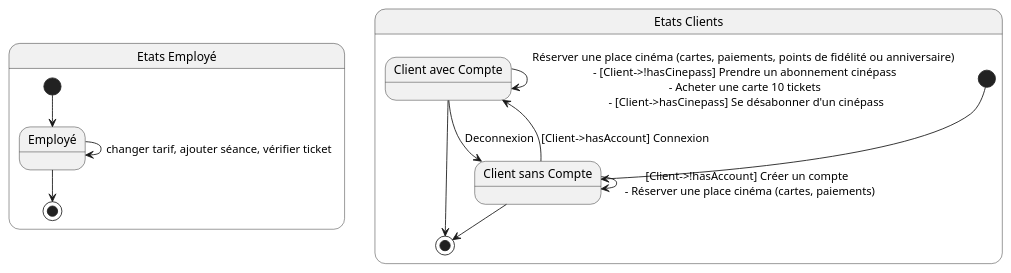
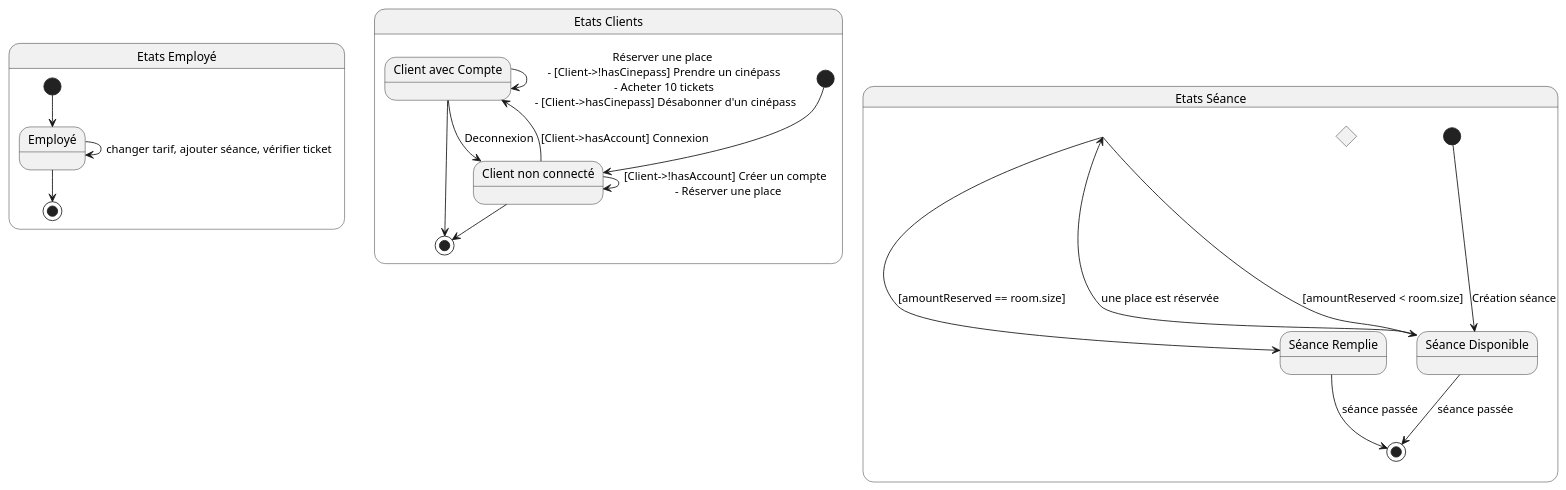
One commit to pixselve-school/OMD-TP1 changed the third of 23 diagrams in TP1-OMD.md. Above: the diagram before and after it, drawn with PlantUML.

Commit message:
Diagramme Etats v3

````diff
--- a/TP1-OMD.md
+++ b/TP1-OMD.md
@@ -214,26 +214,36 @@
 ```plantuml
 @startuml
 
 state "Etats Employé" as s{
     state "Employé" as E
     [*] --> E
     E --> E : changer tarif, ajouter séance, vérifier ticket
     E --> [*]
 }
 
 state "Etats Clients" as t{
     [*] --> C2
     state "Client avec Compte" as C1
-    state "Client sans Compte" as C2
+    state "Client non connecté" as C2
     
     C1 --> C2 : Deconnexion
     C2 --> C1 : [Client->hasAccount] Connexion
-    C2 --> C2 : [Client->!hasAccount] Créer un compte \n - Réserver une place cinéma (cartes, paiements)
-    C1 --> C1 : Réserver une place cinéma (cartes, paiements, points de fidélité ou anniversaire) \n - [Client->!hasCinepass] Prendre un abonnement cinépass \n - Acheter une carte 10 tickets \n - [Client->hasCinepass] Se désabonner d'un cinépass
+    C2 --> C2 : [Client->!hasAccount] Créer un compte \n - Réserver une place
+    C1 --> C1 : Réserver une place \n - [Client->!hasCinepass] Prendre un cinépass \n - Acheter 10 tickets \n - [Client->hasCinepass] Désabonner d'un cinépass
     C1 -right-> [*]
     C2 -down-> [*]
 }
 
-
+state "Etats Séance" as c{
+    [*] --> S2 : Création séance
+    state "Séance Remplie" as S1
+    state "Séance Disponible" as S2
+    state c <<choice>>
+    S1 --> [*] : séance passée
+    S2 --> [*] : séance passée
+    S2 --> c : une place est réservée
+    c --> S2 : [amountReserved < room.size]
+    c --> S1 : [amountReserved == room.size]
+}
 @enduml
 ```
````
